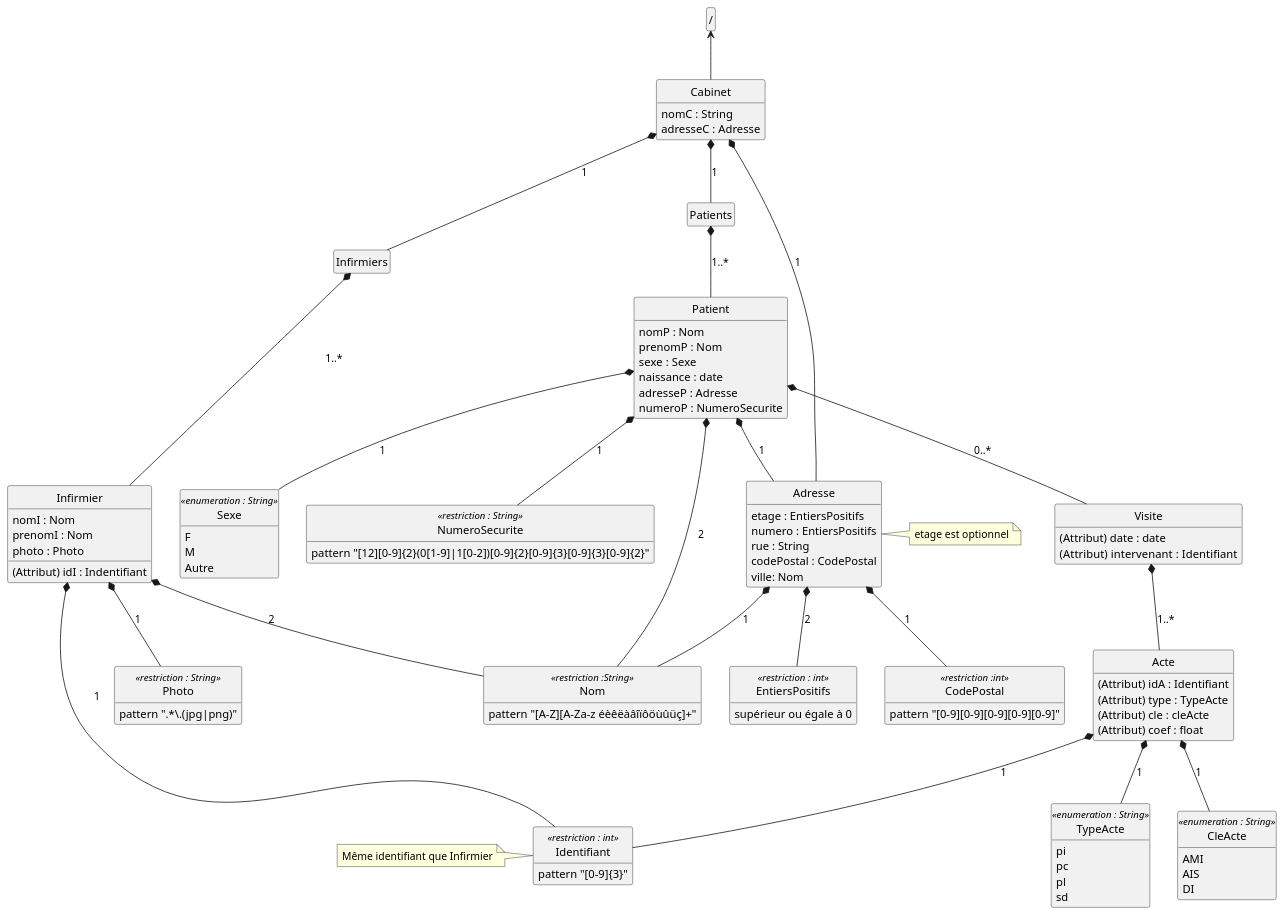
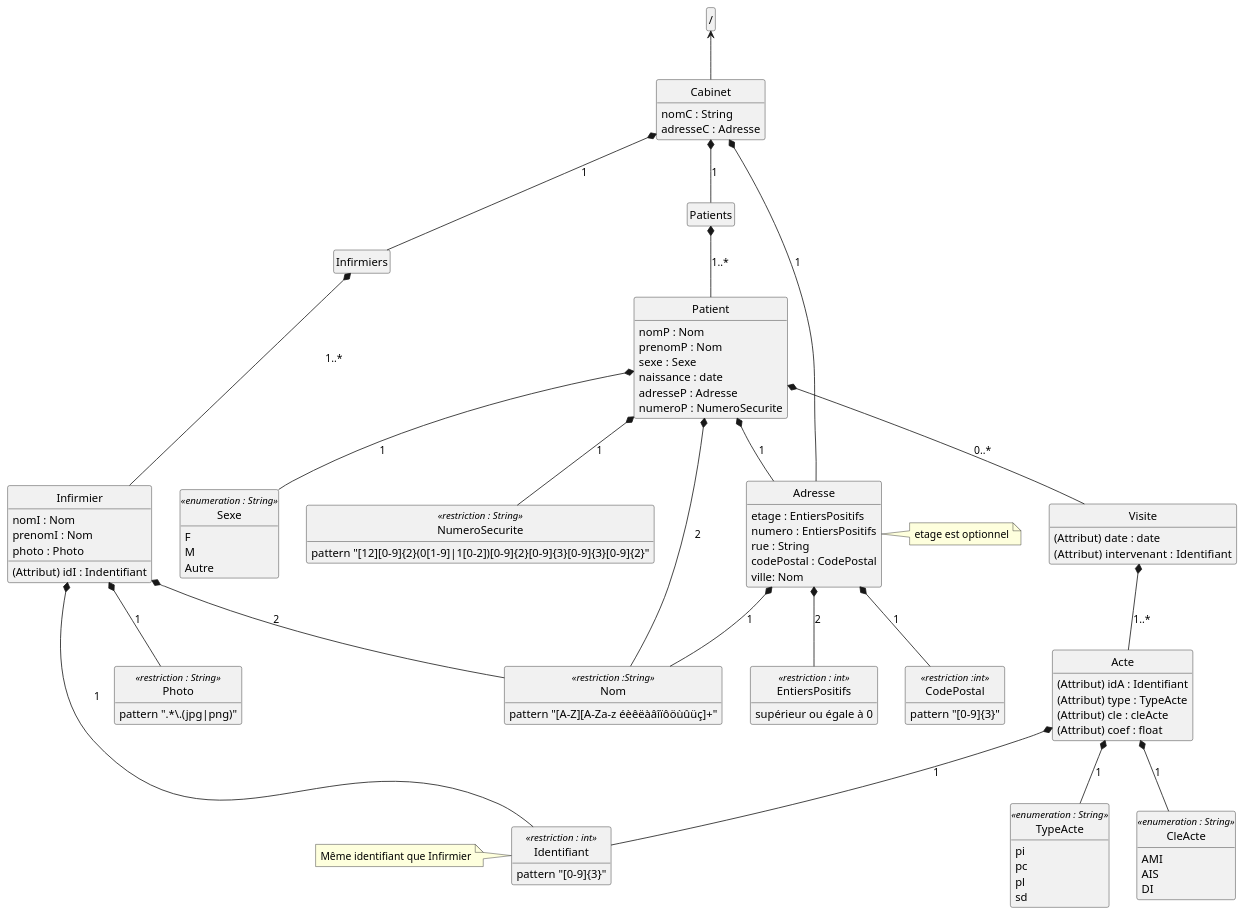
Before and after one commit to miaraosomaki/CabinetInfirmier: the diagram in DATA/cabinetModel.puml, drawn with PlantUML. The commit also changed 7 other files, not shown here.

```diff
--- a/DATA/cabinetModel.puml
+++ b/DATA/cabinetModel.puml
@@ -1,131 +1,131 @@
 @startuml
 hide circle
 hide empty members
 
 class "/" as root
 
 class Cabinet {
     nomC : String 
     adresseC : Adresse
 }
 
 class EntiersPositifs  <<restriction : int>>{
     supérieur ou égale à 0
 }
 
 class CodePostal  << restriction :int>>{
-    pattern "[0-9][0-9][0-9][0-9][0-9]"
+    pattern "[0-9]{3}"
 }
 
 class Nom  << restriction :String >>{
     pattern "[A-Z][A-Za-z éèêëàâîïôöùûüç]+"
 
 }
 
 class Infirmiers {
 }
 
 class Infirmier {
     (Attribut) idI : Indentifiant
     nomI : Nom
     prenomI : Nom
     photo : Photo
 }
 
 class Identifiant  << restriction : int >>{
     pattern "[0-9]{3}"
 }
 
 class Photo << restriction : String>>{
     pattern ".*\.(jpg|png)"
 }
 
 class Patients {
 }
 
 class Patient {
     nomP : Nom
     prenomP : Nom
     sexe : Sexe
     naissance : date
     adresseP : Adresse
     numeroP : NumeroSecurite
 }
 
 class Sexe << enumeration : String>>{
     F
     M
     Autre
 }
 
 class NumeroSecurite << restriction : String >>{
     pattern "[12][0-9]{2}(0[1-9]|1[0-2])[0-9]{2}[0-9]{3}[0-9]{3}[0-9]{2}"
 }
 
 
 class Adresse {
     etage : EntiersPositifs 
     numero : EntiersPositifs
     rue : String
     codePostal : CodePostal
     ville: Nom
 }
 
 class Visite {
     (Attribut) date : date 
     (Attribut) intervenant :  Identifiant
 }
 
 class Acte {
     (Attribut) idA : Identifiant
     (Attribut) type : TypeActe
     (Attribut) cle : cleActe
     (Attribut) coef : float
 }
 
 class TypeActe <<enumeration : String>> {
     pi
     pc
     pl
     sd
 }
 
 class CleActe <<enumeration : String>> {
     AMI
     AIS
     DI
 }
 
 
 root <-- Cabinet
 Cabinet *-- Adresse : 1
 Cabinet *-- Infirmiers : 1
 Cabinet *-- Patients : 1
 
 Adresse *-- EntiersPositifs : 2
 Adresse *-- CodePostal : 1
 Adresse *-- Nom : 1
 note right of Adresse : etage est optionnel 
 
 Infirmiers *-- Infirmier : 1..*
 Infirmier *-- Nom : 2
 Infirmier *-- Identifiant : 1
 Infirmier *-- Photo : 1
 
 Patients *-- Patient : 1..*
 Patient *-- Adresse : 1
 Patient *-- Visite : 0..*
 Patient *-- Nom : 2
 Patient *-- Sexe : 1
 Patient *-- NumeroSecurite : 1
 
 Visite *-- Acte : 1..*
 
 Acte *-- TypeActe : 1
 Acte *-- CleActe : 1
 Acte *-- Identifiant : 1
 note left of Identifiant : Même identifiant que Infirmier
 
 
 
 @enduml
```
